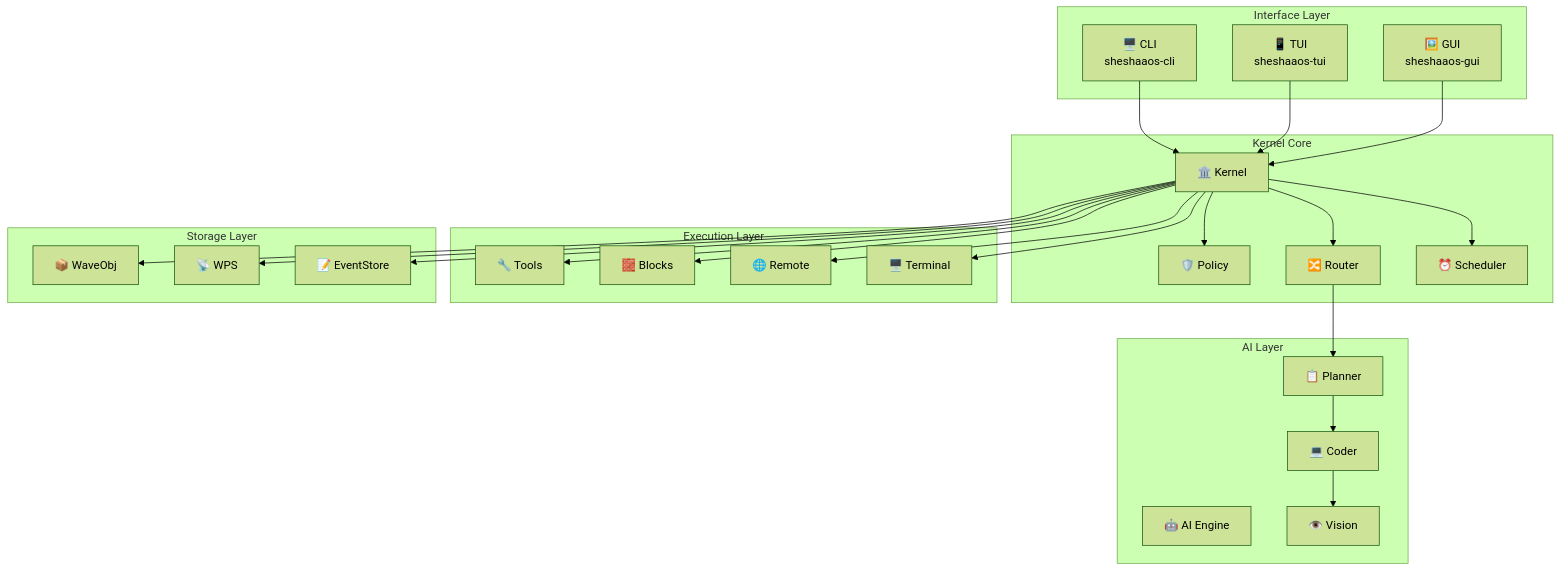
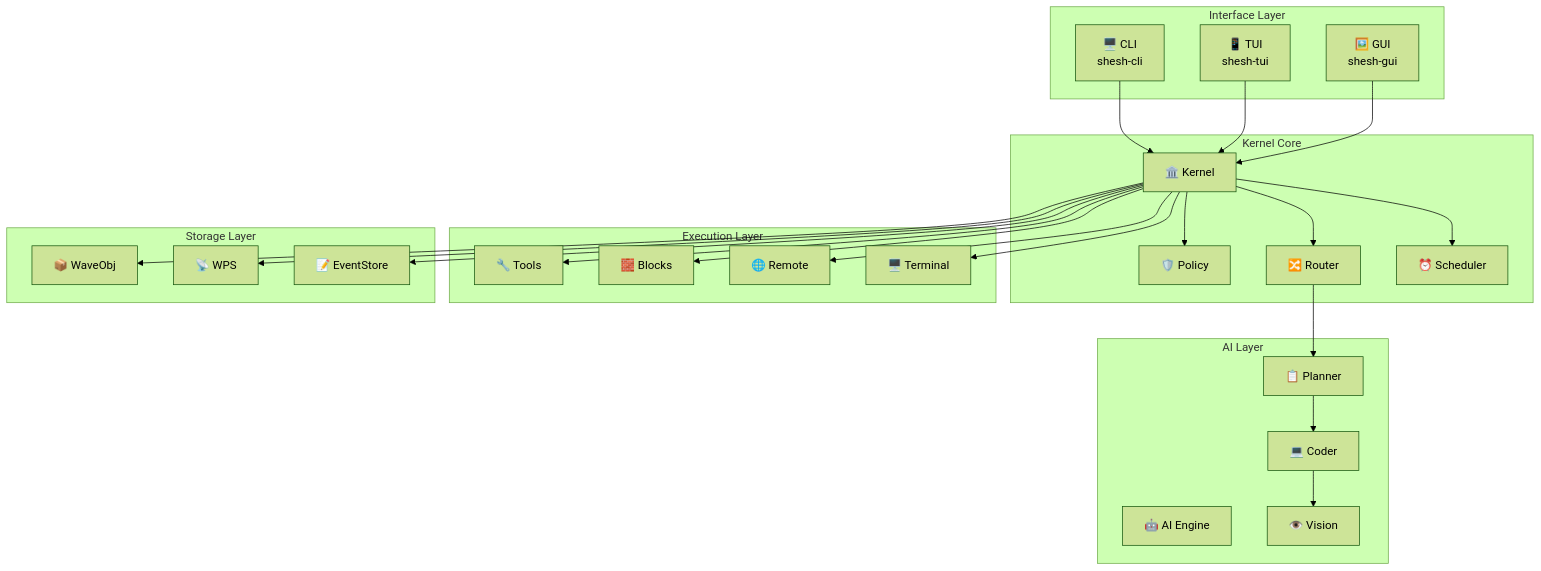
One commit to gaganjainse/SheshAOS changed the first of 6 diagrams in HANDOVER.md. Above: the diagram before and after it, drawn with Mermaid (forest theme). The commit also changed other lines of this file and 244 other files, not shown here.

First line of the commit message:
feat: sheshaaos-*→shesh-* crate rename + REAL russh-0.43 port + zero-warning gate

````diff
--- a/HANDOVER.md
+++ b/HANDOVER.md
@@ -28,56 +28,56 @@
 ```mermaid
 graph TB
     subgraph "Interface Layer"
-        CLI["🖥️ CLI<br/>sheshaaos-cli"]
-        TUI["📱 TUI<br/>sheshaaos-tui"]
-        GUI["🖼️ GUI<br/>sheshaaos-gui"]
+        CLI["🖥️ CLI<br/>shesh-cli"]
+        TUI["📱 TUI<br/>shesh-tui"]
+        GUI["🖼️ GUI<br/>shesh-gui"]
     end
 
     subgraph "Kernel Core"
         K["🏛️ Kernel"]
         P["🛡️ Policy"]
         R["🔀 Router"]
         S["⏰ Scheduler"]
     end
 
     subgraph "AI Layer"
         A["🤖 AI Engine"]
         PL["📋 Planner"]
         CO["💻 Coder"]
         VI["👁️ Vision"]
     end
 
     subgraph "Execution Layer"
         T["🔧 Tools"]
         B["🧱 Blocks"]
         RM["🌐 Remote"]
         TE["🖥️ Terminal"]
     end
 
     subgraph "Storage Layer"
         WO["📦 WaveObj"]
         WP["📡 WPS"]
         ES["📝 EventStore"]
     end
 
     CLI --> K
     TUI --> K
     GUI --> K
 
     K --> P
     K --> R
     K --> S
 
     R --> PL
     PL --> CO
     CO --> VI
 
     K --> T
     K --> B
     K --> RM
     K --> TE
 
     K --> WO
     K --> WP
     K --> ES
 ```
````
